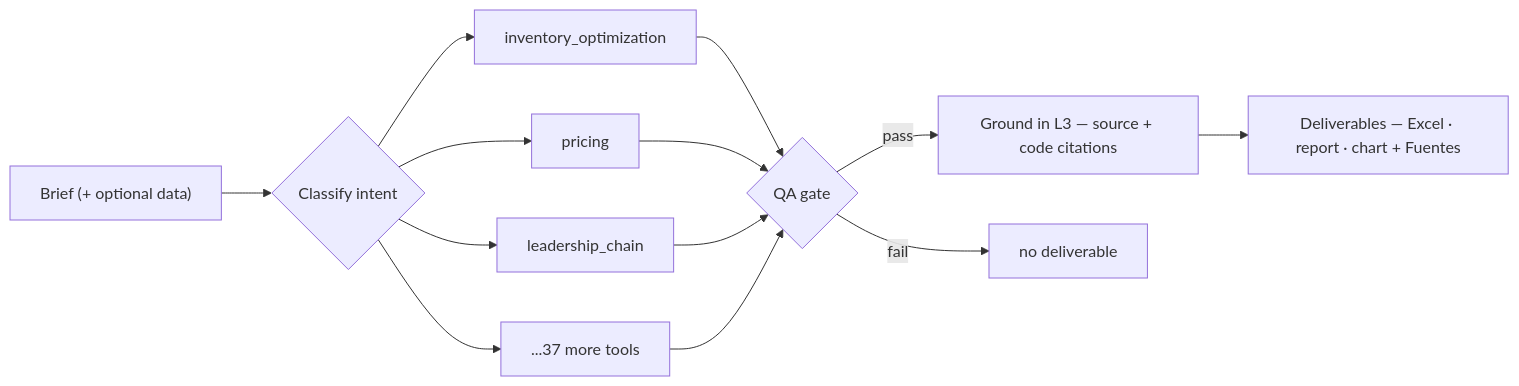
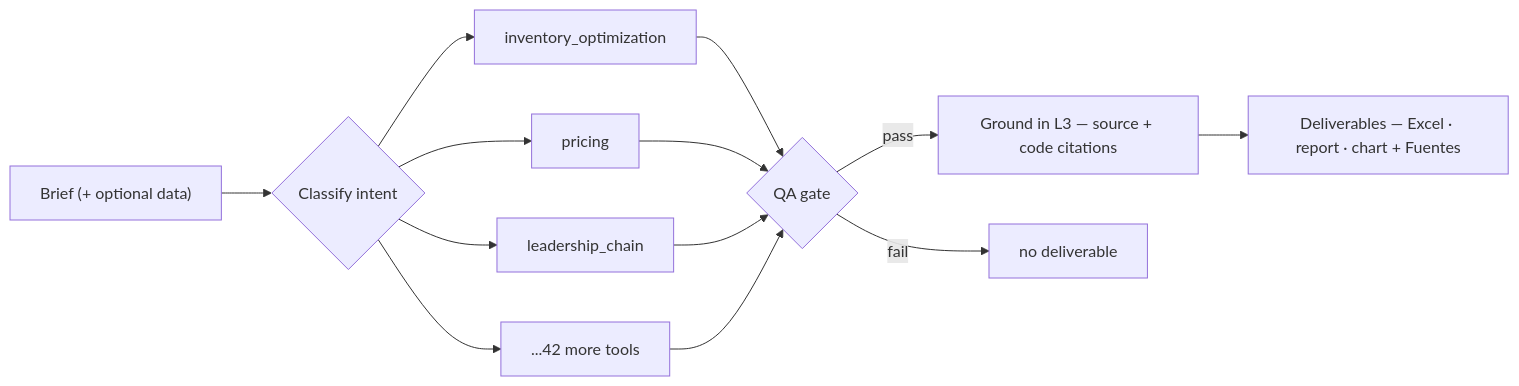
Before and after one commit to esstipi-debug/linchpin: the first of 2 diagrams in README.md, drawn with Mermaid. The commit also changed other lines of this file and 22 other files, not shown here.

````diff
--- a/README.md
+++ b/README.md
@@ -28,15 +28,15 @@
 ```mermaid
 flowchart LR
   A["Brief (+ optional data)"] --> C{"Classify intent"}
   C --> I["inventory_optimization"]
   C --> P["pricing"]
   C --> L["leadership_chain"]
-  C --> M["...37 more tools"]
+  C --> M["...42 more tools"]
   I --> Q{"QA gate"}
   P --> Q
   L --> Q
   M --> Q
   Q -->|pass| G["Ground in L3 — source + code citations"]
   G --> D["Deliverables — Excel · report · chart + Fuentes"]
   Q -->|fail| N["no deliverable"]
 ```
````
